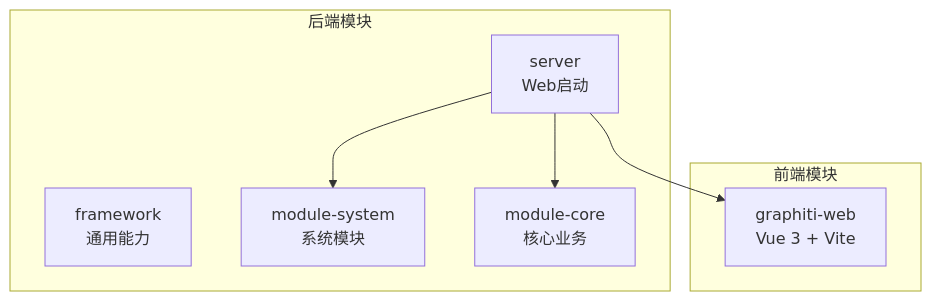
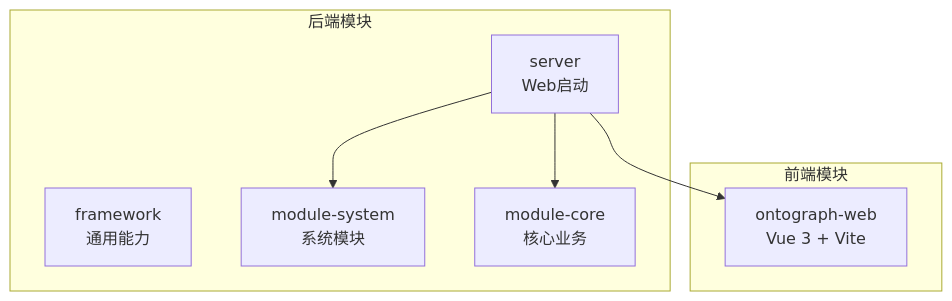
The first of 6 diagrams in docs/manual/开发指南/测试策略/测试策略.md (joezxh/graphiti-java), drawn with Mermaid before and after one commit. The commit also changed other lines of this file and 200 other files, not shown here.

````diff
--- a/docs/manual/开发指南/测试策略/测试策略.md
+++ b/docs/manual/开发指南/测试策略/测试策略.md
@@ -43,15 +43,15 @@
 ```mermaid
 graph TB
 subgraph "后端模块"
 F["framework<br/>通用能力"]
 S["module-system<br/>系统模块"]
 C["module-core<br/>核心业务"]
 SVR["server<br/>Web启动"]
 end
 subgraph "前端模块"
-WEB["graphiti-web<br/>Vue 3 + Vite"]
+WEB["ontograph-web<br/>Vue 3 + Vite"]
 end
 SVR --> S
 SVR --> C
 SVR --> WEB
 ```
````
